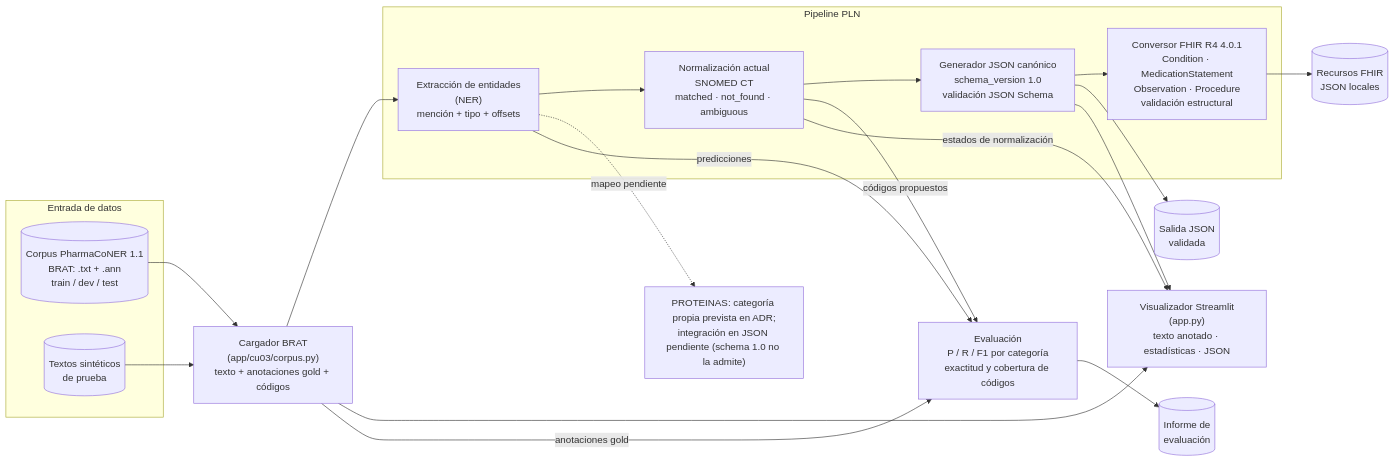
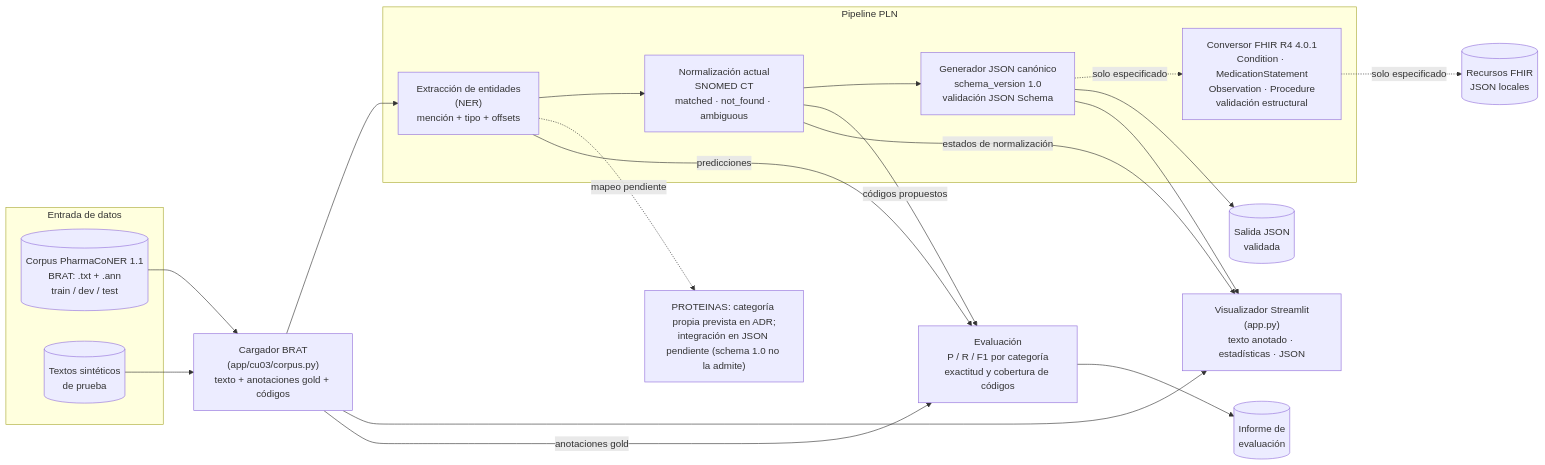
The diagram in ARCHITECTURE.md (Lucas-ao35/PIIA-II), drawn with Mermaid before and after one commit. The commit also changed other lines of this file and 2 other files, not shown here.

Commit message:
docs: actualizar arquitectura y especificaciones sobre la conversión a FHIR y el diccionario de entidades farmacológicas

````diff
--- a/ARCHITECTURE.md
+++ b/ARCHITECTURE.md
@@ -20,41 +20,41 @@
 ```mermaid
 flowchart LR
     subgraph IN ["Entrada de datos"]
         CORPUS[("Corpus PharmaCoNER 1.1<br/>BRAT: .txt + .ann<br/>train / dev / test")]
         SINT[("Textos sintéticos<br/>de prueba")]
     end
 
     LOADER["Cargador BRAT<br/>(app/cu03/corpus.py)<br/>texto + anotaciones gold + códigos"]
 
     subgraph PIPE ["Pipeline PLN"]
         NER["Extracción de entidades<br/>(NER)<br/>mención + tipo + offsets"]
         NORM["Normalización actual<br/>SNOMED CT<br/>matched · not_found · ambiguous"]
         JSONGEN["Generador JSON canónico<br/>schema_version 1.0<br/>validación JSON Schema"]
         FHIRGEN["Conversor FHIR R4 4.0.1<br/>Condition · MedicationStatement<br/>Observation · Procedure<br/>validación estructural"]
     end
 
     EVAL["Evaluación<br/>P / R / F1 por categoría<br/>exactitud y cobertura de códigos"]
     UI["Visualizador Streamlit<br/>(app.py)<br/>texto anotado · estadísticas · JSON"]
 
     OUTJ[("Salida JSON<br/>validada")]
     OUTF[("Recursos FHIR<br/>JSON locales")]
     OUTR[("Informe de<br/>evaluación")]
 
     CORPUS --> LOADER
     SINT --> LOADER
     LOADER --> NER
     LOADER --> UI
     NER --> NORM
     NORM --> JSONGEN
     NOTE["PROTEINAS: categoría propia prevista en ADR;<br/>integración en JSON pendiente (schema 1.0 no la admite)"]
     NER -. "mapeo pendiente" .-> NOTE
-    JSONGEN --> FHIRGEN
+    JSONGEN -. "solo especificado" .-> FHIRGEN
     JSONGEN --> OUTJ
-    FHIRGEN --> OUTF
+    FHIRGEN -. "solo especificado" .-> OUTF
     LOADER -- "anotaciones gold" --> EVAL
     NER -- "predicciones" --> EVAL
     NORM -- "códigos propuestos" --> EVAL
     NORM -- "estados de normalización" --> UI
     JSONGEN --> UI
     EVAL --> OUTR
 ```
````
